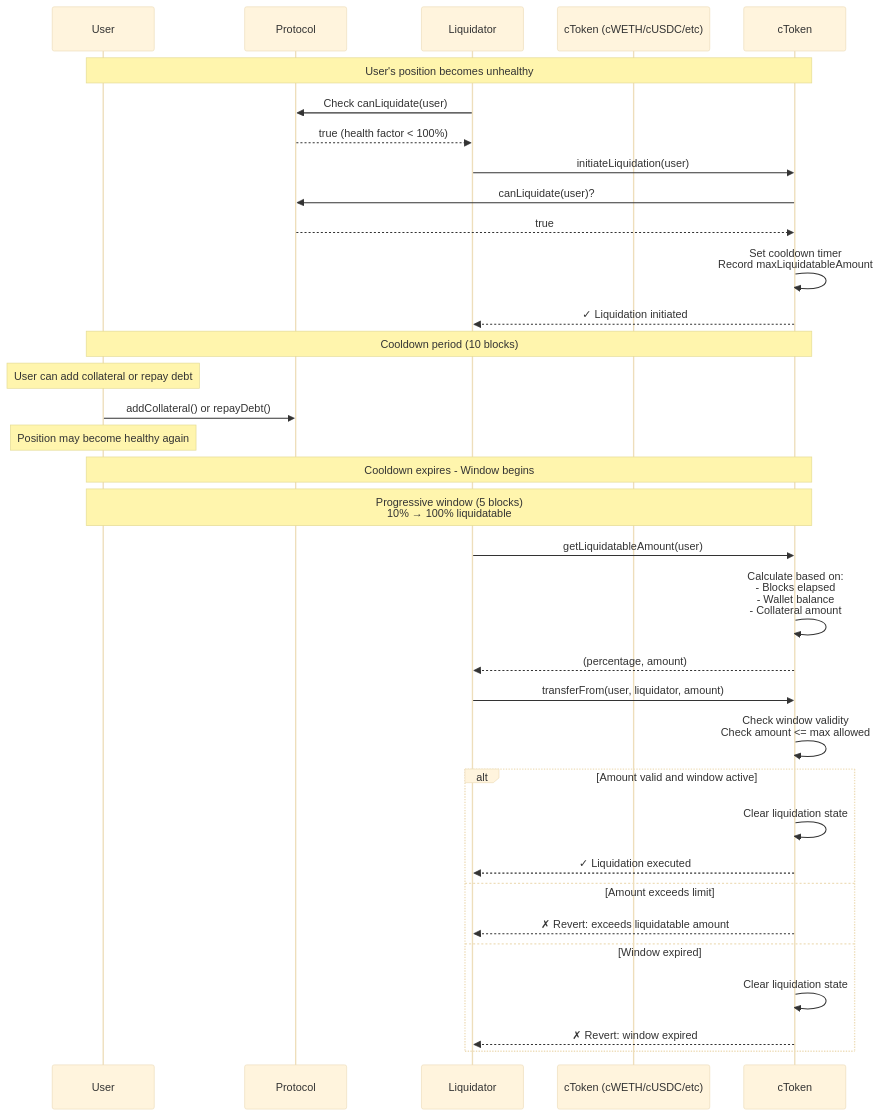
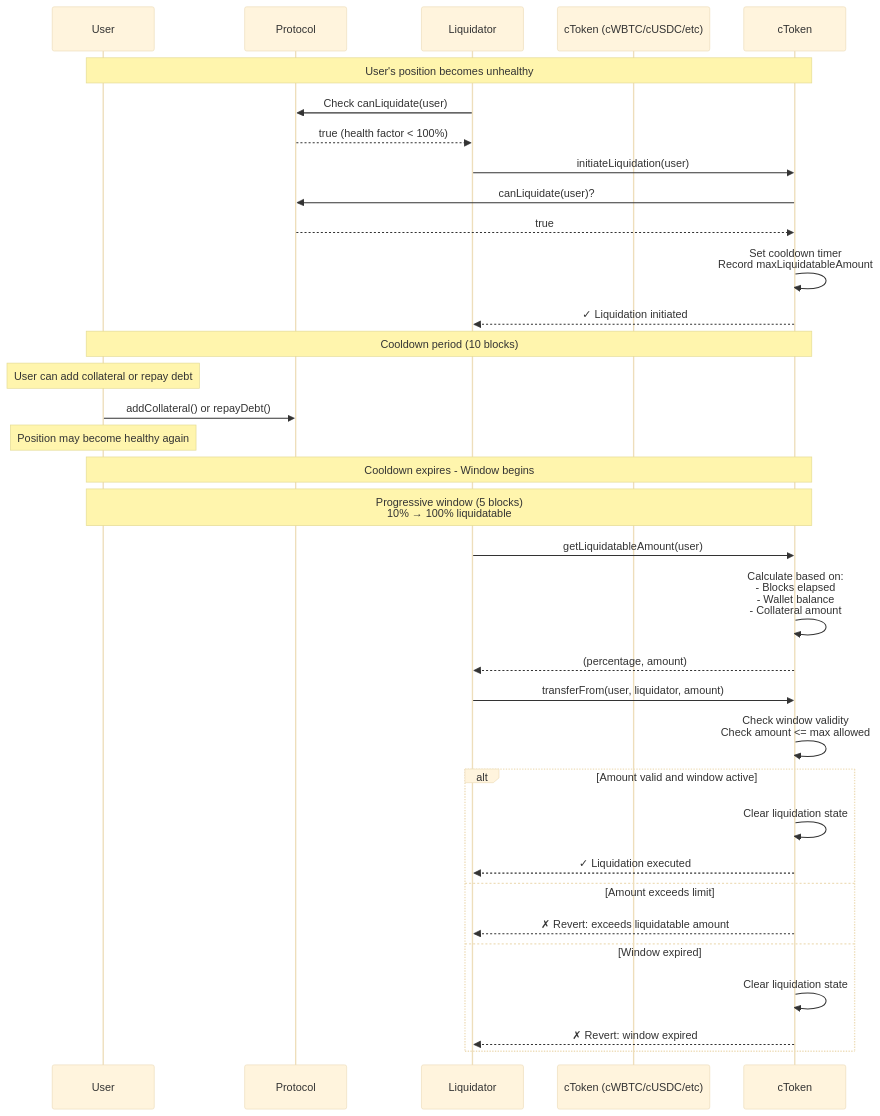
One commit to jordan-public/circuit-breaker-token changed the first of 3 diagrams in README.md. Above: the diagram before and after it, drawn with Mermaid (base theme). The commit also changed other lines of this file and 2 other files, not shown here.

Commit message:
Refactor WETH to WBTC

````diff
--- a/README.md
+++ b/README.md
@@ -272,43 +272,43 @@
 ```mermaid
 sequenceDiagram
     participant User
     participant Protocol
     participant Liquidator
-    participant CircuitBreakerToken as cToken (cWETH/cUSDC/etc)
+    participant CircuitBreakerToken as cToken (cWBTC/cUSDC/etc)
 
     Note over User,cToken: User's position becomes unhealthy
     
     Liquidator->>Protocol: Check canLiquidate(user)
     Protocol-->>Liquidator: true (health factor < 100%)
     
     Liquidator->>cToken: initiateLiquidation(user)
     cToken->>Protocol: canLiquidate(user)?
     Protocol-->>cToken: true
     cToken->>cToken: Set cooldown timer<br/>Record maxLiquidatableAmount
     cToken-->>Liquidator: ✓ Liquidation initiated
     
     Note over User,cToken: Cooldown period (10 blocks)
     Note over User: User can add collateral or repay debt
     
     User->>Protocol: addCollateral() or repayDebt()
     Note over User: Position may become healthy again
     
     Note over User,cToken: Cooldown expires - Window begins
     Note over User,cToken: Progressive window (5 blocks)<br/>10% → 100% liquidatable
     
     Liquidator->>cToken: getLiquidatableAmount(user)
     cToken->>cToken: Calculate based on:<br/>- Blocks elapsed<br/>- Wallet balance<br/>- Collateral amount
     cToken-->>Liquidator: (percentage, amount)
     
     Liquidator->>cToken: transferFrom(user, liquidator, amount)
     cToken->>cToken: Check window validity<br/>Check amount <= max allowed
     alt Amount valid and window active
         cToken->>cToken: Clear liquidation state
         cToken-->>Liquidator: ✓ Liquidation executed
     else Amount exceeds limit
         cToken-->>Liquidator: ✗ Revert: exceeds liquidatable amount
     else Window expired
         cToken->>cToken: Clear liquidation state
         cToken-->>Liquidator: ✗ Revert: window expired
     end
 ```
````
